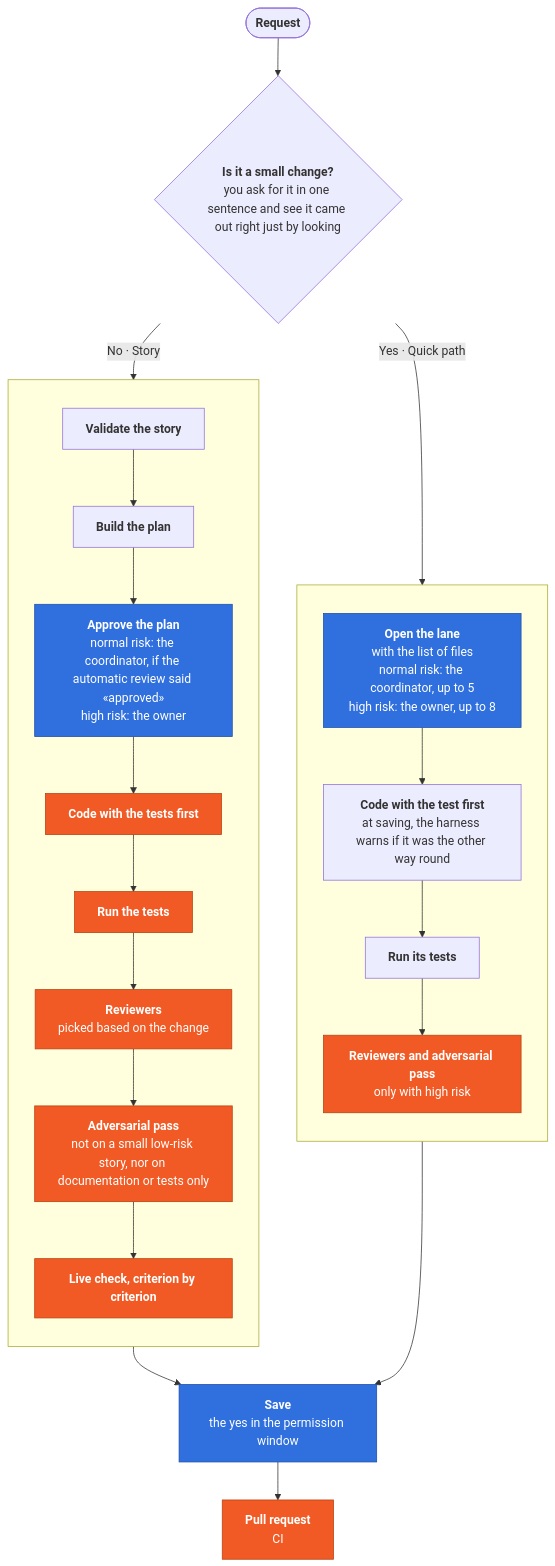
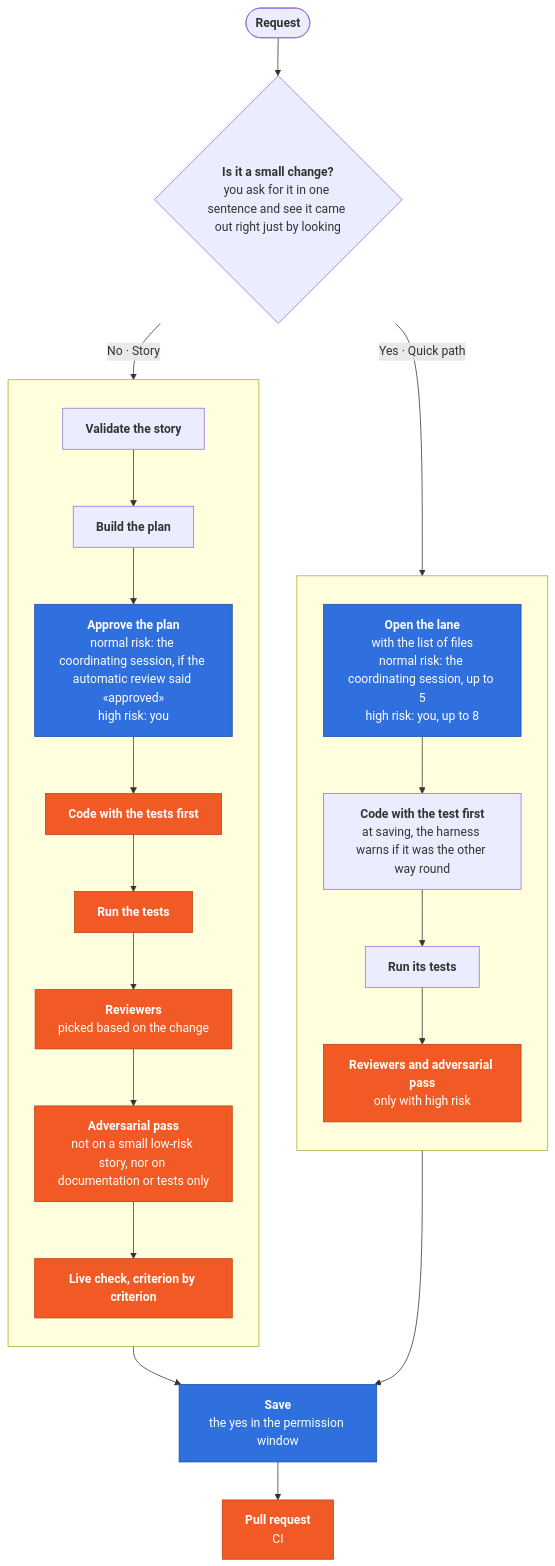
One commit to TYCON-SA/tycon-harness changed the diagram in README.md. Above: the diagram before and after it, drawn with Mermaid. The commit also changed other lines of this file and 2 other files, not shown here.

````diff
--- a/README.md
+++ b/README.md
@@ -66,29 +67,29 @@
 ```mermaid
 flowchart TB
   pedir(["<b>Request</b>"]) --> chico{"<b>Is it a small change?</b><br/>you ask for it in one sentence and see it came out right just by looking"}
   chico -- "Yes · Quick path" --> r1
   chico -- "No · Story" --> h1
   subgraph rapido [" "]
     direction TB
-    r1["<b>Open the lane</b><br/>with the list of files<br/>normal risk: the coordinator, up to 5<br/>high risk: the owner, up to 8"] --> r2["<b>Code with the test first</b><br/>at saving, the harness warns if it was the other way round"]
+    r1["<b>Open the lane</b><br/>with the list of files<br/>normal risk: the coordinating session, up to 5<br/>high risk: you, up to 8"] --> r2["<b>Code with the test first</b><br/>at saving, the harness warns if it was the other way round"]
     r2 --> r3["<b>Run its tests</b>"]
     r3 --> r4["<b>Reviewers and adversarial pass</b><br/>only with high risk"]
   end
   subgraph historia [" "]
     direction TB
     h1["<b>Validate the story</b>"] --> h2["<b>Build the plan</b>"]
-    h2 --> h3["<b>Approve the plan</b><br/>normal risk: the coordinator, if the automatic review said «approved»<br/>high risk: the owner"]
+    h2 --> h3["<b>Approve the plan</b><br/>normal risk: the coordinating session, if the automatic review said «approved»<br/>high risk: you"]
     h3 --> h4["<b>Code with the tests first</b>"]
     h4 --> h5["<b>Run the tests</b>"]
     h5 --> h6["<b>Reviewers</b><br/>picked based on the change"]
     h6 --> h7["<b>Adversarial pass</b><br/>not on a small low-risk story, nor on documentation or tests only"]
     h7 --> h8["<b>Live check, criterion by criterion</b>"]
   end
   r4 --> g1["<b>Save</b><br/>the yes in the permission window"]
   h8 --> g1
   g1 --> g2["<b>Pull request</b><br/>CI"]
   classDef decide fill:#2f6fde,stroke:#1f4fa8,color:#ffffff
   classDef control fill:#F15A24,stroke:#b8410f,color:#ffffff
   class r1,h3,g1 decide
   class r4,h4,h5,h6,h7,h8,g2 control
 ```
````
